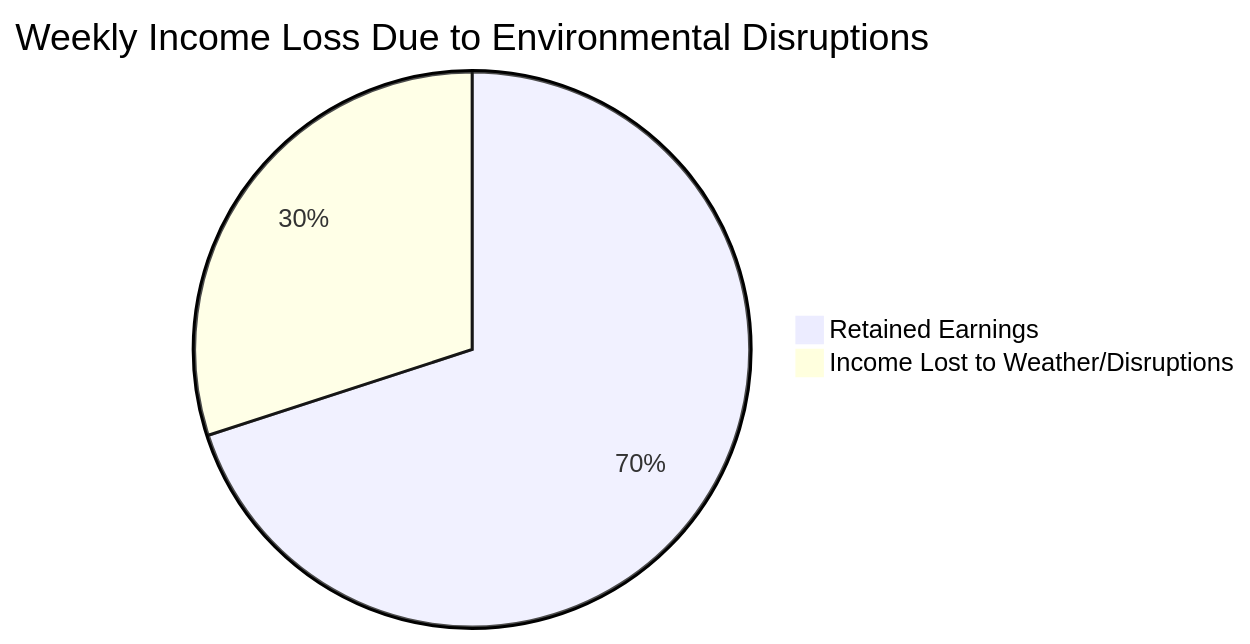
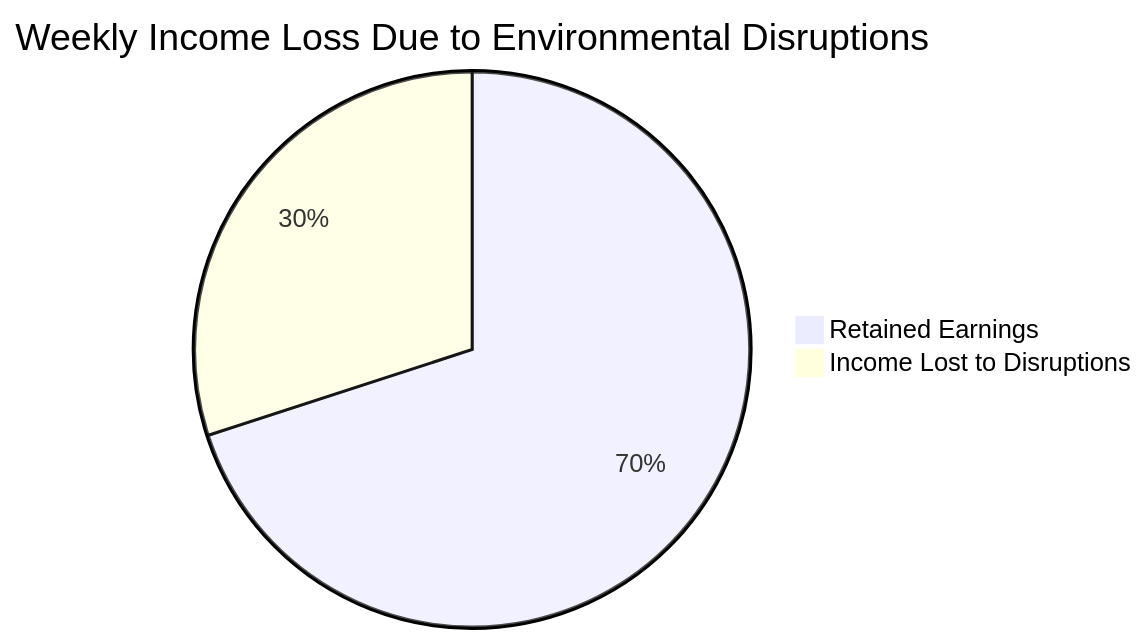
The first of 4 diagrams in README.md (ed6095-web/Guidewire-DEVTrails-2026), drawn with Mermaid before and after one commit. The commit also changed other lines of this file, not shown here.

````diff
--- a/README.md
+++ b/README.md
@@ -26,5 +27,5 @@
 ```mermaid
 pie title Weekly Income Loss Due to Environmental Disruptions
     "Retained Earnings" : 70
-    "Income Lost to Weather/Disruptions" : 30
+    "Income Lost to Disruptions" : 30
 ```
````
